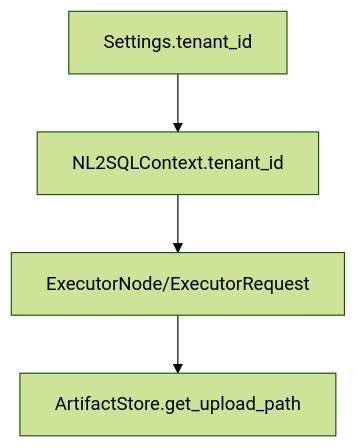
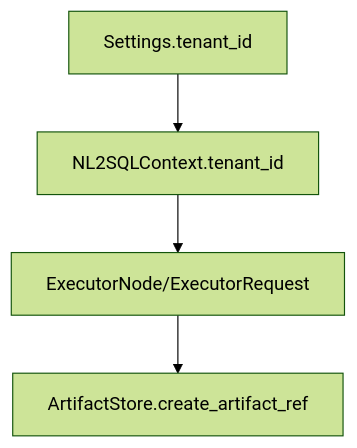
Before and after one commit to nadeem4/nl2sql: the diagram in docs/security/multi-tenant.md, drawn with Mermaid (forest theme). The commit also changed other lines of this file and 4 other files, not shown here.

First line of the commit message:
docs(artifacts): describe the single store and its verification status

````diff
--- a/docs/security/multi-tenant.md
+++ b/docs/security/multi-tenant.md
@@ -7,6 +7,6 @@
 ```mermaid
 flowchart TD
     Settings[Settings.tenant_id] --> Context[NL2SQLContext.tenant_id]
     Context --> Executor[ExecutorNode/ExecutorRequest]
-    Executor --> Artifacts[ArtifactStore.get_upload_path]
+    Executor --> Artifacts[ArtifactStore.create_artifact_ref]
 ```
````
